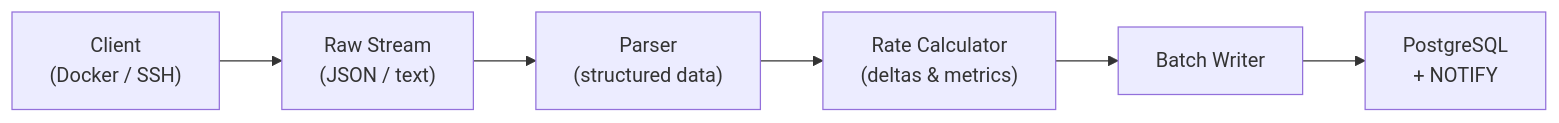
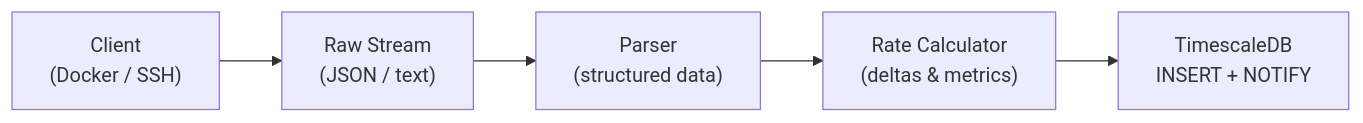
Before and after one commit to jaredglaser/homelab-manager: the second of 3 diagrams in README.md, drawn with Mermaid. The commit also changed other lines of this file and 49 other files, not shown here.

Commit message:
complete rewrite of db flow using timescaledb

````diff
--- a/README.md
+++ b/README.md
@@ -93,11 +94,10 @@
 ```mermaid
 flowchart LR
     CL["Client<br/>(Docker / SSH)"]
     RS["Raw Stream<br/>(JSON / text)"]
     PA["Parser<br/>(structured data)"]
     RC["Rate Calculator<br/>(deltas & metrics)"]
-    Batch["Batch Writer"]
-    DB["PostgreSQL<br/>+ NOTIFY"]
+    DB["TimescaleDB<br/>INSERT + NOTIFY"]
 
-    CL --> RS --> PA --> RC --> Batch --> DB
+    CL --> RS --> PA --> RC --> DB
 ```
````
